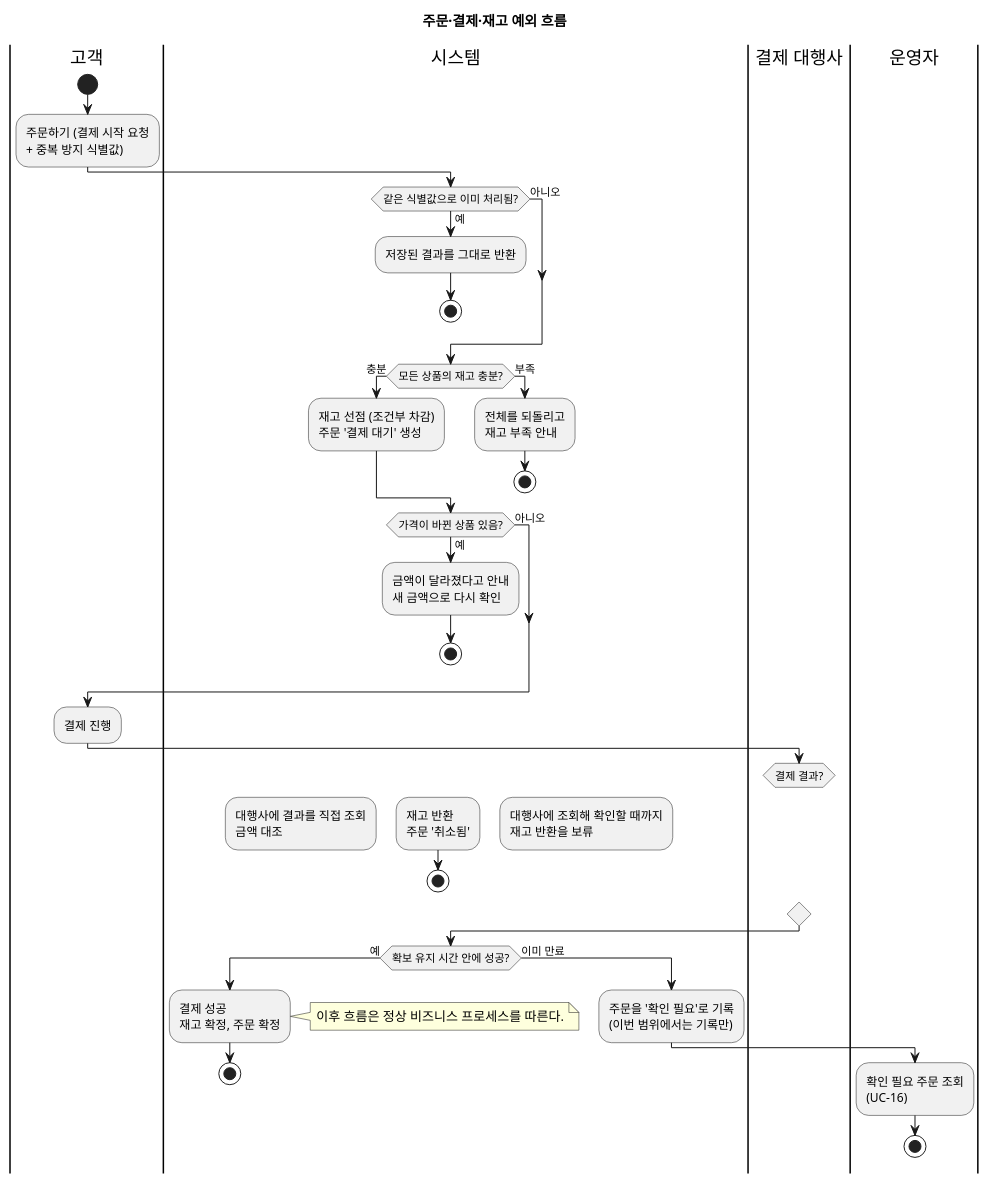
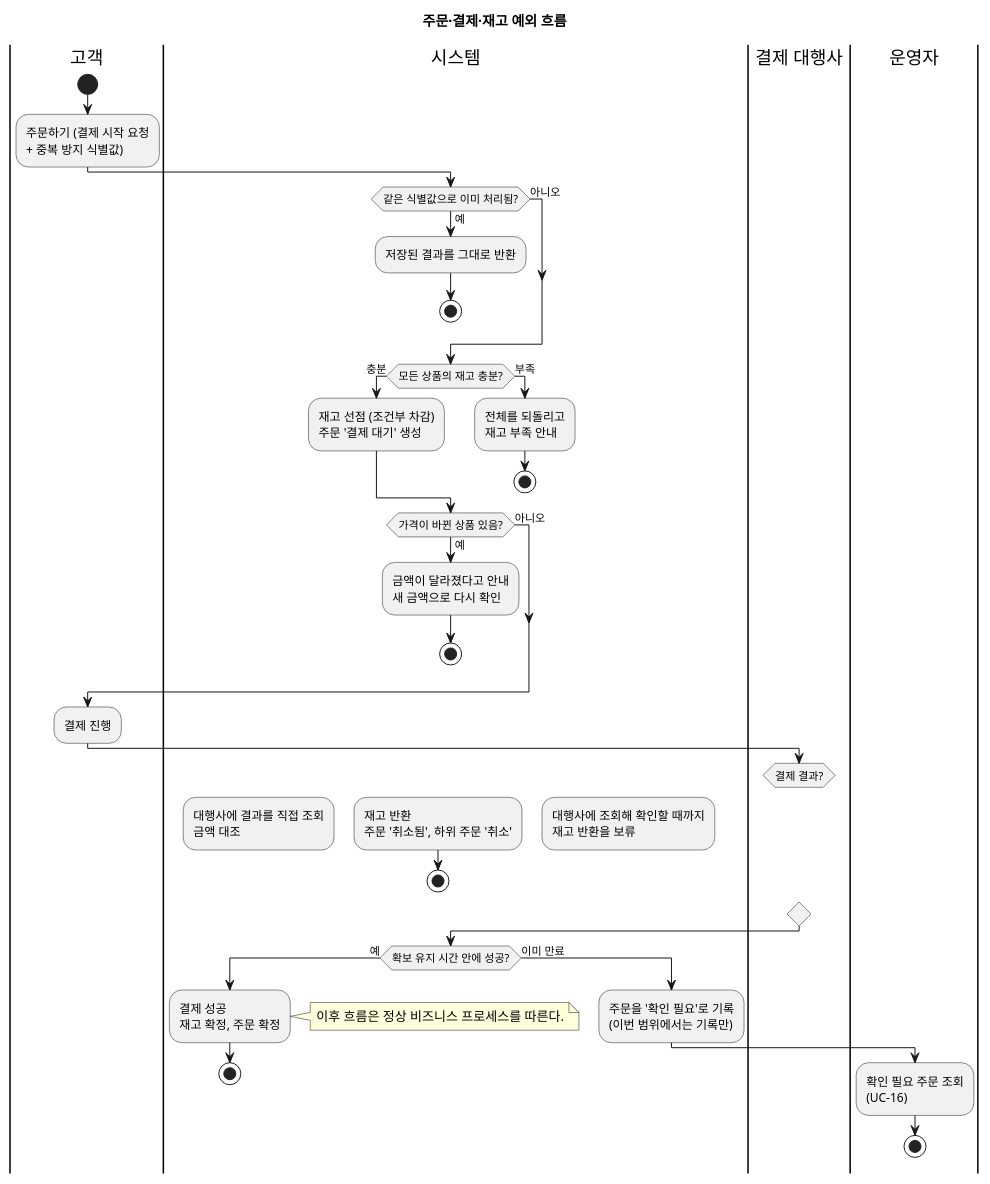
The diagram in specs/001-multiseller-commerce-core/diagrams/business-process-exceptions.puml (parknahyun/shopflow), drawn with PlantUML before and after one commit. The commit also changed 13 other files, not shown here.

```diff
--- a/specs/001-multiseller-commerce-core/diagrams/business-process-exceptions.puml
+++ b/specs/001-multiseller-commerce-core/diagrams/business-process-exceptions.puml
@@ -1,60 +1,60 @@
 @startuml
 ' 비즈니스 프로세스: 주문·결제·재고의 실패, 취소, 만료 흐름
 ' 근거: specs/001-multiseller-commerce-core/spec.md (사용자 스토리 3, 5와 엣지 케이스)
 title 주문·결제·재고 예외 흐름
 
 |고객|
 start
 :주문하기 (결제 시작 요청\n+ 중복 방지 식별값);
 
 |시스템|
 if (같은 식별값으로 이미 처리됨?) then (예)
   :저장된 결과를 그대로 반환;
   stop
 else (아니오)
 endif
 
 if (모든 상품의 재고 충분?) then (충분)
   :재고 선점 (조건부 차감)\n주문 '결제 대기' 생성;
 else (부족)
   :전체를 되돌리고\n재고 부족 안내;
   stop
 endif
 
 if (가격이 바뀐 상품 있음?) then (예)
   :금액이 달라졌다고 안내\n새 금액으로 다시 확인;
   stop
 else (아니오)
 endif
 
 |고객|
 :결제 진행;
 
 |결제 대행사|
 switch (결제 결과?)
 case (성공)
   |시스템|
   :대행사에 결과를 직접 조회\n금액 대조;
 case (실패)
   |시스템|
-  :재고 반환\n주문 '취소됨';
+  :재고 반환\n주문 '취소됨', 하위 주문 '취소';
   stop
 case (시간 초과·결과 모름)
   |시스템|
   :대행사에 조회해 확인할 때까지\n재고 반환을 보류;
 endswitch
 
 |시스템|
 if (확보 유지 시간 안에 성공?) then (예)
   :결제 성공\n재고 확정, 주문 확정;
   note right
     이후 흐름은 정상 비즈니스 프로세스를 따른다.
   end note
   stop
 else (이미 만료)
   :주문을 '확인 필요'로 기록\n(이번 범위에서는 기록만);
   |운영자|
   :확인 필요 주문 조회\n(UC-16);
   stop
 endif
 @enduml
```
